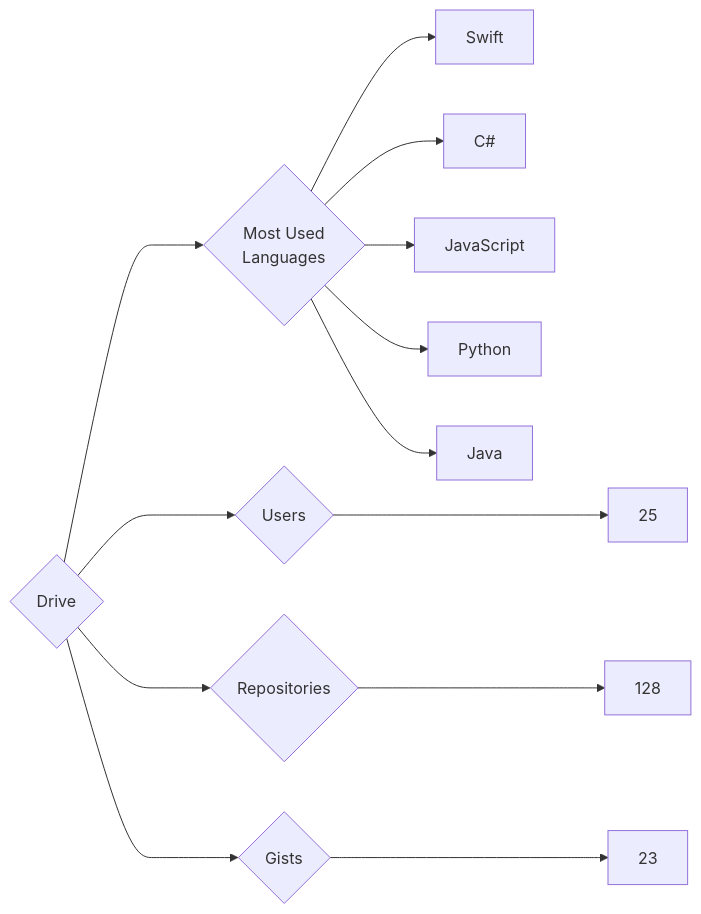
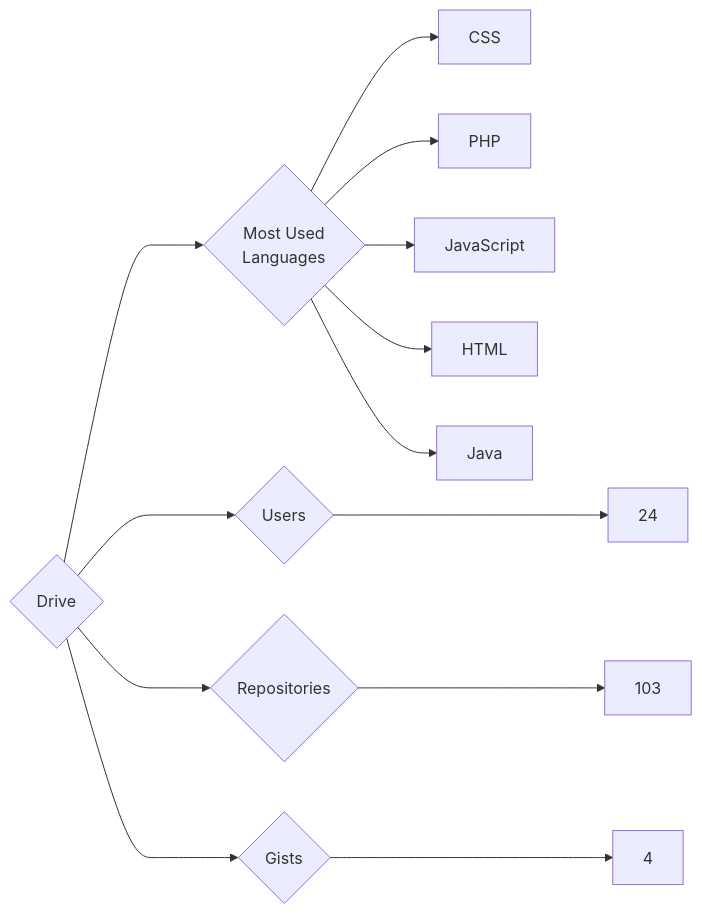
Before and after one commit to trickest/insiders: the diagram in targets/Drive/README.md, drawn with Mermaid. The commit also changed 927 other files, not shown here.

````diff
--- a/targets/Drive/README.md
+++ b/targets/Drive/README.md
@@ -3,13 +3,13 @@
 ```mermaid
 graph LR
 COMPANY_NAME{Drive}
-COMPANY_NAME ---> U{Users} ---> UN[25]
-COMPANY_NAME ---> R{Repositories} ---> RN[128]
-COMPANY_NAME ---> G{Gists} ---> GN[23]
+COMPANY_NAME ---> U{Users} ---> UN[24]
+COMPANY_NAME ---> R{Repositories} ---> RN[103]
+COMPANY_NAME ---> G{Gists} ---> GN[4]
 COMPANY_NAME ---> ML{Most Used<br>Languages}
-ML --> Swift[Swift]
-ML --> C#[C#]
+ML --> CSS[CSS]
+ML --> PHP[PHP]
 ML --> JavaScript[JavaScript]
-ML --> Python[Python]
+ML --> HTML[HTML]
 ML --> Java[Java]
 ```
````
